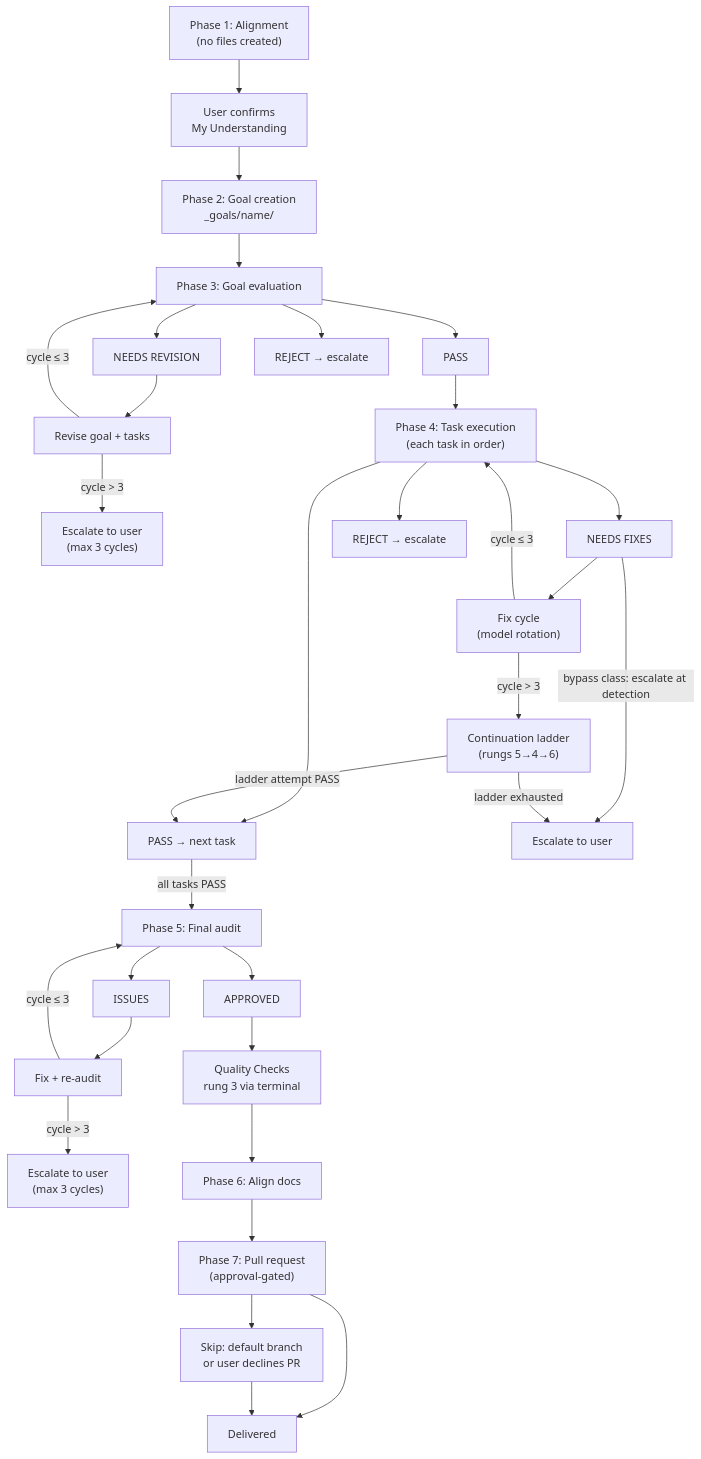
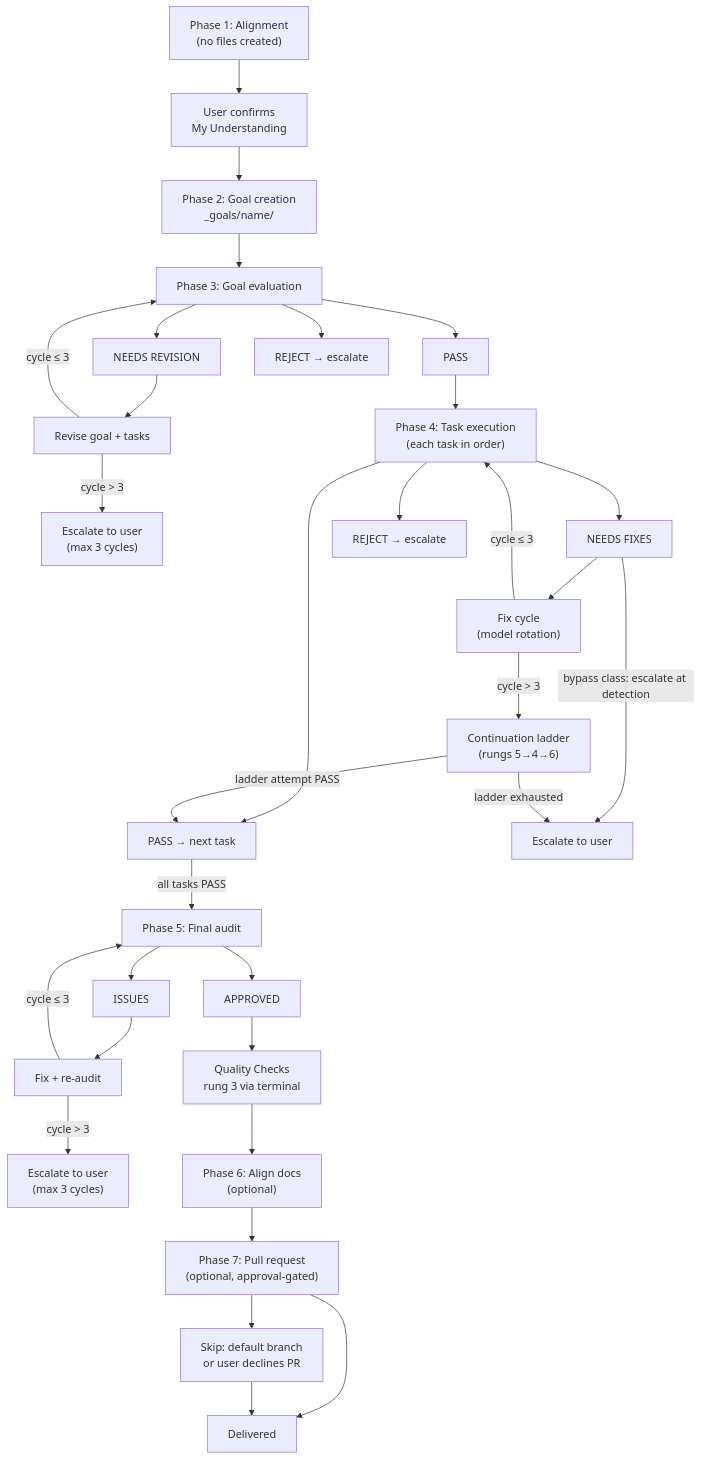
The first of 2 diagrams in docs/guide/feature-workflow.md (kdcllc/skills), drawn with Mermaid before and after one commit. The commit also changed other lines of this file and 45 other files, not shown here.

````diff
--- a/docs/guide/feature-workflow.md
+++ b/docs/guide/feature-workflow.md
@@ -9,61 +9,61 @@
 ```mermaid
 flowchart TD
     P1["Phase 1: Alignment\n(no files created)"]
     P1Confirm["User confirms\nMy Understanding"]
     P2["Phase 2: Goal creation\n_goals/name/"]
     P3Eval["Phase 3: Goal evaluation"]
     P3Pass["PASS"]
     P3Rev["NEEDS REVISION"]
     P3Revise["Revise goal + tasks"]
     P3Esc["Escalate to user\n(max 3 cycles)"]
     P3Reject["REJECT → escalate"]
     P4["Phase 4: Task execution\n(each task in order)"]
     P4Pass["PASS → next task"]
     P4Fix["NEEDS FIXES"]
     P4FixCycle["Fix cycle\n(model rotation)"]
     P4Ladder["Continuation ladder\n(rungs 5→4→6)"]
     P4Esc["Escalate to user"]
     P4Reject["REJECT → escalate"]
     P5Audit["Phase 5: Final audit"]
     P5App["APPROVED"]
     P5QC["Quality Checks\nrung 3 via terminal"]
     P5Issues["ISSUES"]
     P5Remed["Fix + re-audit"]
     P5Esc["Escalate to user\n(max 3 cycles)"]
-    P6["Phase 6: Align docs"]
-    P7["Phase 7: Pull request\n(approval-gated)"]
+    P6["Phase 6: Align docs\n(optional)"]
+    P7["Phase 7: Pull request\n(optional, approval-gated)"]
     P7Skip["Skip: default branch\nor user declines PR"]
     Done["Delivered"]
 
     P1 --> P1Confirm
     P1Confirm --> P2
     P2 --> P3Eval
     P3Eval --> P3Pass
     P3Eval --> P3Rev
     P3Eval --> P3Reject
     P3Rev --> P3Revise
     P3Revise -->|"cycle ≤ 3"| P3Eval
     P3Revise -->|"cycle > 3"| P3Esc
     P3Pass --> P4
     P4 --> P4Pass
     P4 --> P4Fix
     P4 --> P4Reject
     P4Fix --> P4FixCycle
     P4Fix -->|"bypass class: escalate at detection"| P4Esc
     P4FixCycle -->|"cycle ≤ 3"| P4
     P4FixCycle -->|"cycle > 3"| P4Ladder
     P4Ladder -->|"ladder exhausted"| P4Esc
     P4Ladder -->|"ladder attempt PASS"| P4Pass
     P4Pass -->|"all tasks PASS"| P5Audit
     P5Audit --> P5App
     P5Audit --> P5Issues
     P5Issues --> P5Remed
     P5Remed -->|"cycle ≤ 3"| P5Audit
     P5Remed -->|"cycle > 3"| P5Esc
     P5App --> P5QC
     P5QC --> P6
     P6 --> P7
     P7 --> Done
     P7 --> P7Skip
     P7Skip --> Done
 ```
````
